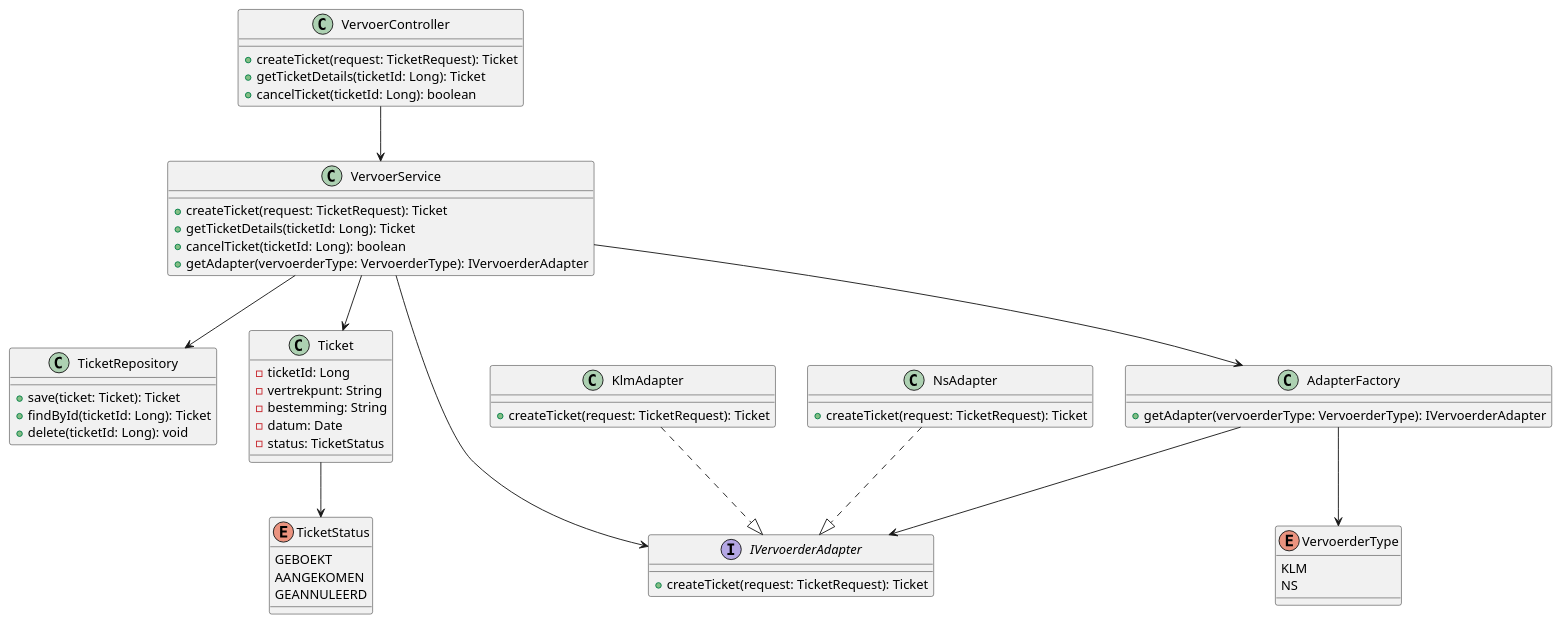
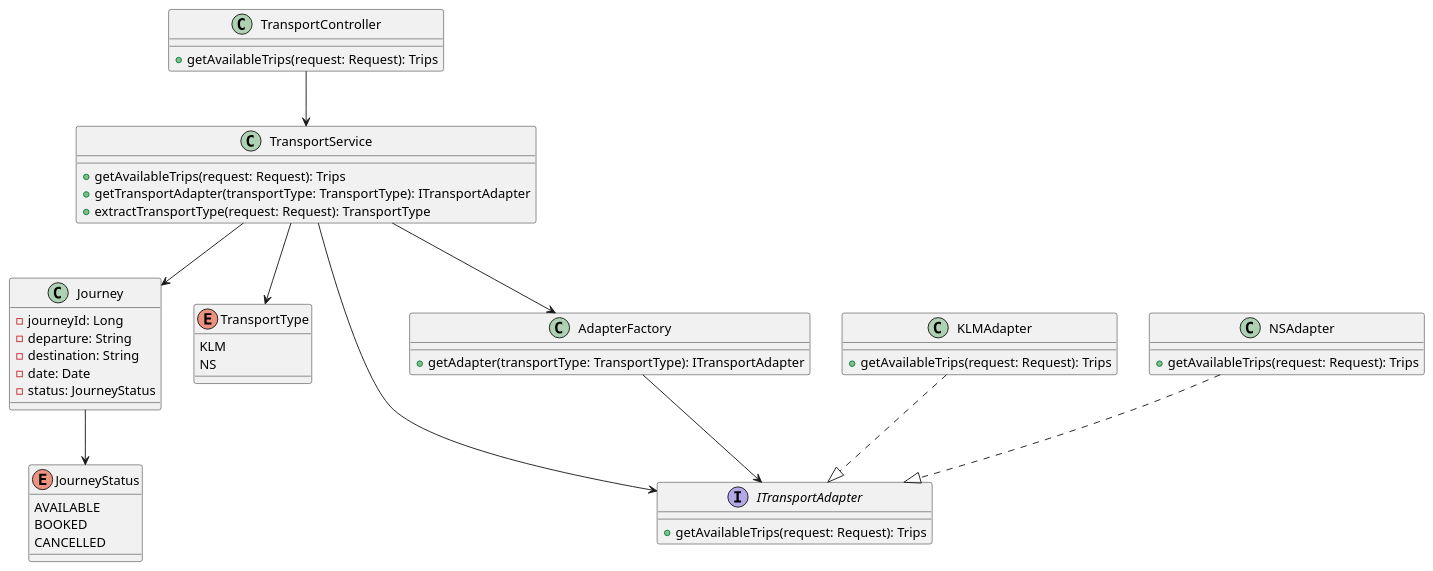
Before and after one commit to AIM-ENE-feb25/triptop-de-broederbond-fgs: the diagram in groeps-uitwerkingen/week2/klassediagrammen/klassediagram-Felix.puml, drawn with PlantUML. The commit also changed 1 other file, not shown here.

Commit message:
klassediagram en sequentiediagram verbeterd

```diff
--- a/groeps-uitwerkingen/week2/klassediagrammen/klassediagram-Felix.puml
+++ b/groeps-uitwerkingen/week2/klassediagrammen/klassediagram-Felix.puml
@@ -1,72 +1,62 @@
 @startuml
 
-class VervoerController {
-    +createTicket(request: TicketRequest): Ticket
-    +getTicketDetails(ticketId: Long): Ticket
-    +cancelTicket(ticketId: Long): boolean
+class TransportController {
+    +getAvailableTrips(request: Request): Trips
 }
 
-VervoerController --> VervoerService
+TransportController --> TransportService
 
-class VervoerService {
-    +createTicket(request: TicketRequest): Ticket
-    +getTicketDetails(ticketId: Long): Ticket
-    +cancelTicket(ticketId: Long): boolean
-    +getAdapter(vervoerderType: VervoerderType): IVervoerderAdapter
+class TransportService {
+    +getAvailableTrips(request: Request): Trips
+    +getTransportAdapter(transportType: TransportType): ITransportAdapter
+    +extractTransportType(request: Request): TransportType
 }
 
-class TicketRepository {
-    +save(ticket: Ticket): Ticket
-    +findById(ticketId: Long): Ticket
-    +delete(ticketId: Long): void
+class Journey {
+    - journeyId: Long
+    - departure: String
+    - destination: String
+    - date: Date
+    - status: JourneyStatus
 }
 
-VervoerService --> TicketRepository
-
-class Ticket {
-    - ticketId: Long
-    - vertrekpunt: String
-    - bestemming: String
-    - datum: Date
-    - status: TicketStatus
+enum JourneyStatus {
+    AVAILABLE
+    BOOKED
+    CANCELLED
 }
 
-enum TicketStatus {
-    GEBOEKT
-    AANGEKOMEN
-    GEANNULEERD
-}
-
-VervoerService --> Ticket
-Ticket --> TicketStatus
-
-enum VervoerderType {
+enum TransportType {
     KLM
     NS
 }
 
-interface IVervoerderAdapter {
-    +createTicket(request: TicketRequest): Ticket
+interface ITransportAdapter {
+    +getAvailableTrips(request: Request): Trips
 }
 
-class KlmAdapter {
-    +createTicket(request: TicketRequest): Ticket
+class KLMAdapter {
+    +getAvailableTrips(request: Request): Trips
 }
 
-class NsAdapter {
-    +createTicket(request: TicketRequest): Ticket
+class NSAdapter {
+    +getAvailableTrips(request: Request): Trips
 }
 
-KlmAdapter ..|> IVervoerderAdapter
-NsAdapter ..|> IVervoerderAdapter
-VervoerService --> IVervoerderAdapter
-AdapterFactory --> VervoerderType
-
 class AdapterFactory {
-    +getAdapter(vervoerderType: VervoerderType): IVervoerderAdapter
+    +getAdapter(transportType: TransportType): ITransportAdapter
 }
 
-AdapterFactory --> IVervoerderAdapter
-VervoerService --> AdapterFactory
+TransportService --> Journey
+Journey --> JourneyStatus
+
+KLMAdapter ..|> ITransportAdapter
+NSAdapter ..|> ITransportAdapter
+TransportService --> ITransportAdapter
+
+AdapterFactory --> ITransportAdapter
+TransportService --> AdapterFactory
+
+TransportService --> TransportType
 
 @enduml
```
